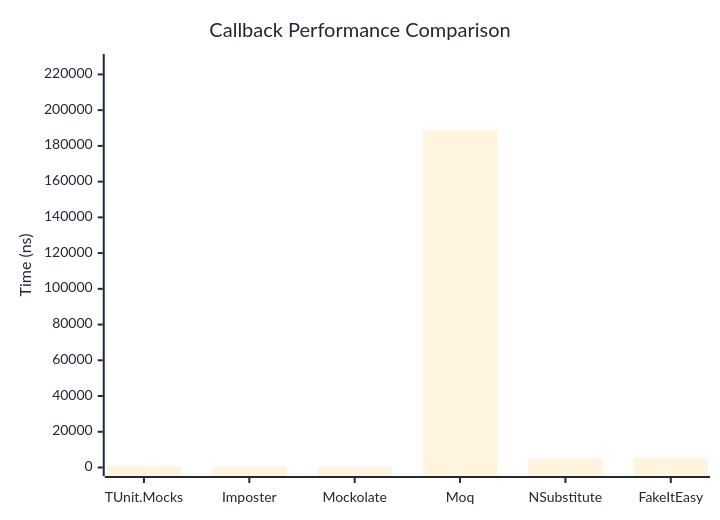
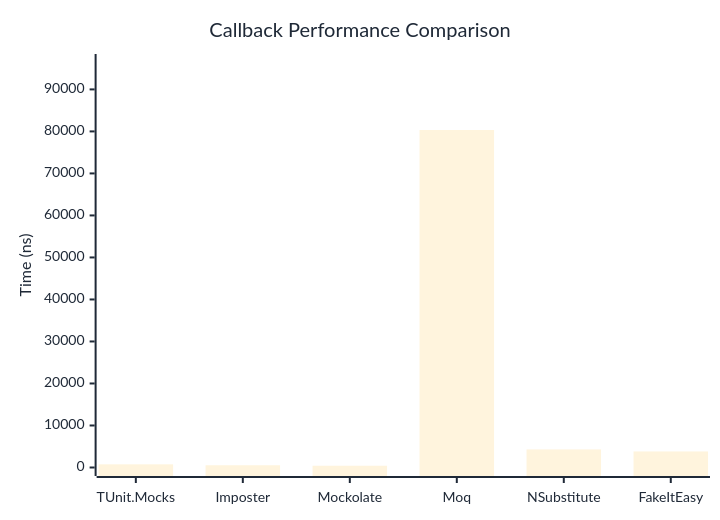
The first of 2 diagrams in docs/docs/benchmarks/mocks/Callback.md (thomhurst/TUnit), drawn with Mermaid before and after one commit. The commit also changed other lines of this file and 14 other files, not shown here.

````diff
--- a/docs/docs/benchmarks/mocks/Callback.md
+++ b/docs/docs/benchmarks/mocks/Callback.md
@@ -30,27 +30,27 @@
 ```mermaid
 %%{init: {
   'theme':'base',
   'themeVariables': {
     'primaryColor': '#2563eb',
     'primaryTextColor': '#1f2937',
     'primaryBorderColor': '#1e40af',
     'lineColor': '#6b7280',
     'secondaryColor': '#7c3aed',
     'tertiaryColor': '#dc2626',
     'background': '#ffffff',
     'pie1': '#2563eb',
     'pie2': '#7c3aed',
     'pie3': '#dc2626',
     'pie4': '#f59e0b',
     'pie5': '#10b981',
     'pie6': '#06b6d4',
     'pie7': '#ec4899',
     'pie8': '#6366f1'
   }
 }}%%
 xychart-beta
   title "Callback Performance Comparison"
   x-axis ["TUnit.Mocks", "Imposter", "Mockolate", "Moq", "NSubstitute", "FakeItEasy"]
-  y-axis "Time (ns)" 0 --> 226671
-  bar [702.2, 500.9, 380.9, 188892.5, 4952.4, 5521.1]
+  y-axis "Time (ns)" 0 --> 96403
+  bar [751.6, 533.6, 417.1, 80335.6, 4304.9, 3823.2]
 ```
````
